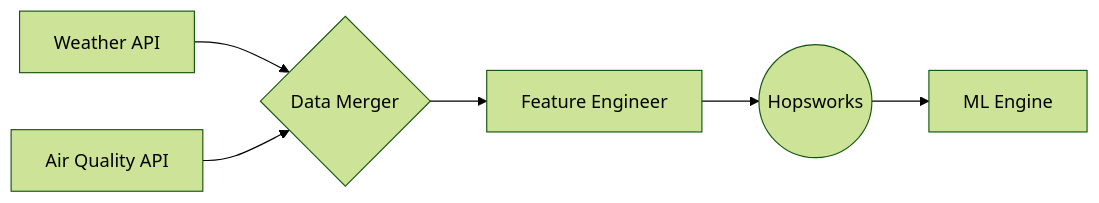
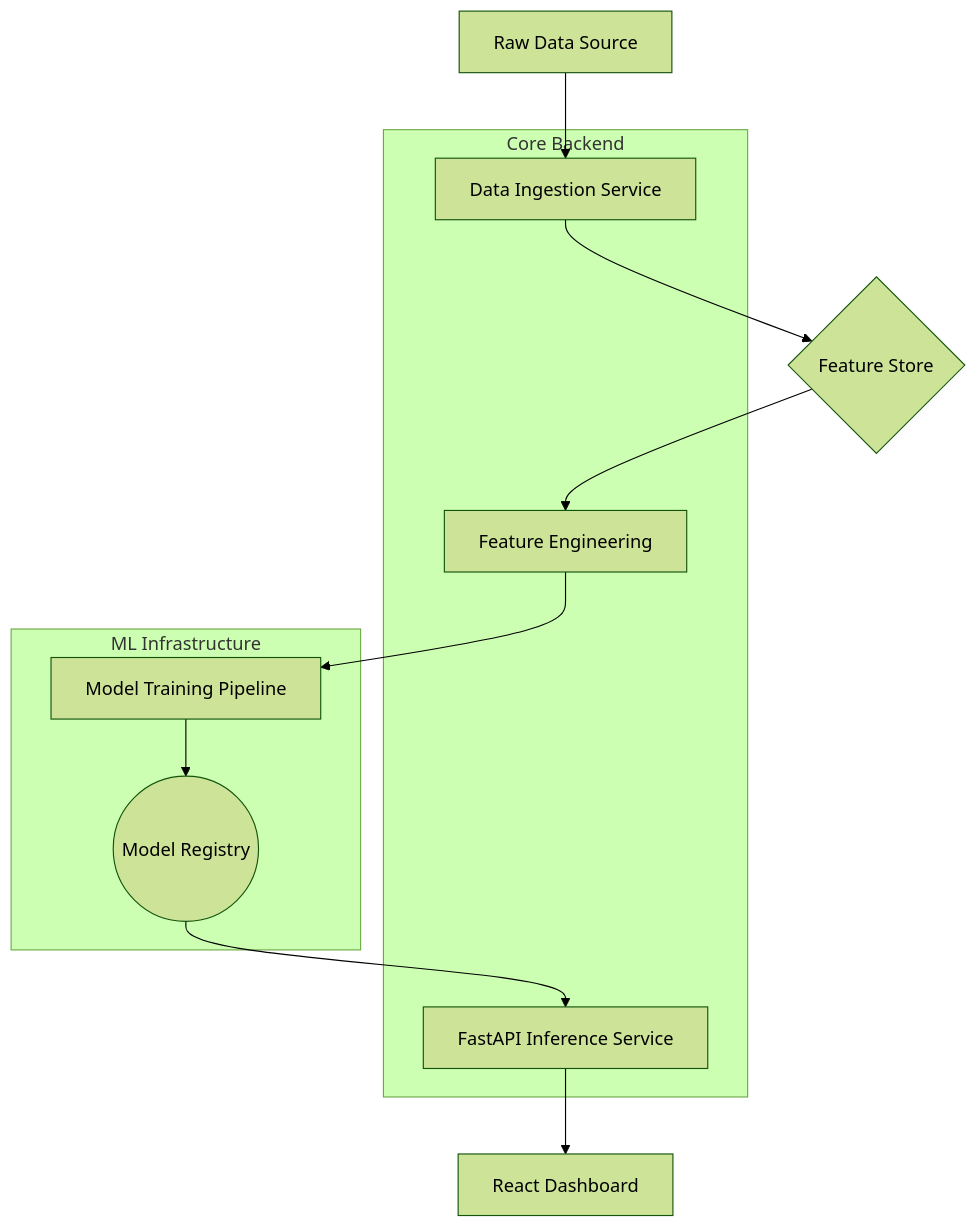
Before and after one commit to 21Afnan/AirLyst: the diagram in README.md, drawn with Mermaid (forest theme). The commit also changed other lines of this file, not shown here.

````diff
--- a/README.md
+++ b/README.md
@@ -24,8 +125,21 @@
 ```mermaid
-graph LR
-    A[Weather API] --> C{Data Merger}
-    B[Air Quality API] --> C
-    C --> D[Feature Engineer]
-    D --> E((Hopsworks))
-    E --> F[ML Engine]
+graph TD
+    A["Raw Data Source"] --> B["Data Ingestion Service"]
+    B --> C{"Feature Store"}
+    C --> D["Feature Engineering"]
+    D --> E["Model Training Pipeline"]
+    E --> F(("Model Registry"))
+    F --> G["FastAPI Inference Service"]
+    G --> H["React Dashboard"]
+    
+    subgraph "Core Backend"
+    B
+    D
+    G
+    end
+    
+    subgraph "ML Infrastructure"
+    E
+    F
+    end
 ```
````
